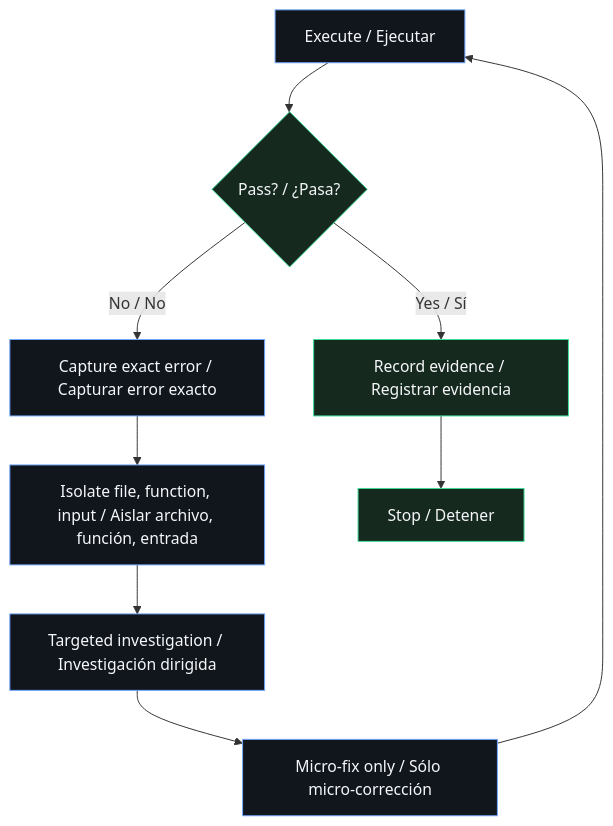
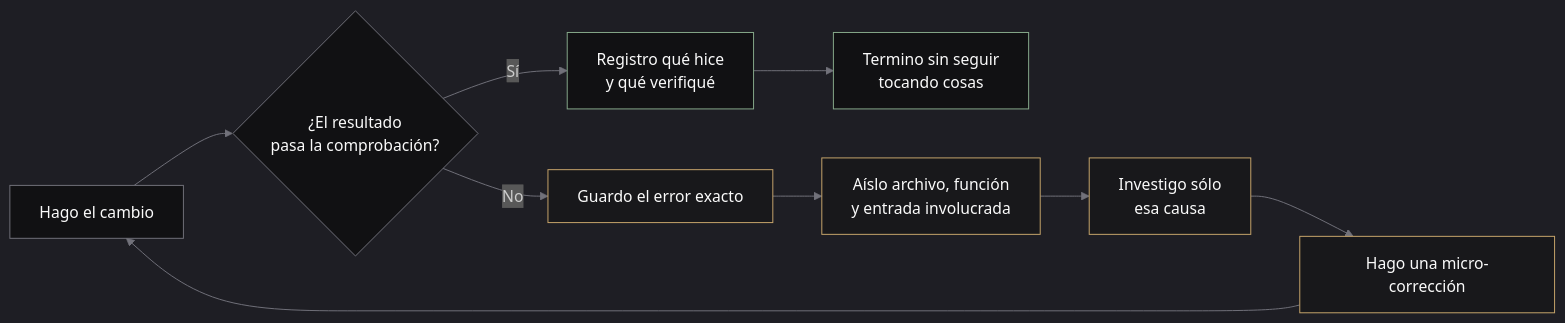
Before and after one commit to christiandejesus320-droid/universal-agent-skills-gateway: the diagram in skills/universal-agent-workspace/references/maps/04-pause-on-error.mmd, drawn with Mermaid. The commit also changed 12 other files, not shown here.

```diff
--- a/skills/universal-agent-workspace/references/maps/04-pause-on-error.mmd
+++ b/skills/universal-agent-workspace/references/maps/04-pause-on-error.mmd
@@ -1,15 +1,17 @@
-flowchart TD
-  A[Execute / Ejecutar] --> B{Pass? / ¿Pasa?}
-  B -->|Yes / Sí| C[Record evidence / Registrar evidencia]
-  B -->|No / No| D[Capture exact error / Capturar error exacto]
-  D --> E[Isolate file, function, input / Aislar archivo, función, entrada]
-  E --> F[Targeted investigation / Investigación dirigida]
-  F --> G[Micro-fix only / Sólo micro-corrección]
+%%{init: {"theme":"dark", "themeVariables":{"background":"#09090B","primaryColor":"#111113","primaryTextColor":"#FAFAFA","primaryBorderColor":"#52525B","lineColor":"#71717A","secondaryColor":"#18181B","tertiaryColor":"#27272A","fontFamily":"Inter, Arial"}}}%%
+flowchart LR
+  A[Hago el cambio] --> B{¿El resultado<br/>pasa la comprobación?}
+  B -->|Sí| C[Registro qué hice<br/>y qué verifiqué]
+  C --> H[Termino sin seguir<br/>tocando cosas]
+  B -->|No| D[Guardo el error exacto]
+  D --> E[Aíslo archivo, función<br/>y entrada involucrada]
+  E --> F[Investigo sólo<br/>esa causa]
+  F --> G[Hago una micro-corrección]
   G --> A
-  C --> H[Stop / Detener]
 
-  classDef action fill:#11161d,stroke:#72a7ff,color:#f5f7fa
-  classDef success fill:#16291f,stroke:#3ddc97,color:#f5f7fa
-  classDef error fill:#2b2020,stroke:#ff6b7a,color:#f5f7fa
-  class A,D,E,F,G action
-  class B,C,H success
+  classDef action fill:#111113,stroke:#71717A,color:#FAFAFA,stroke-width:1px
+  classDef proof fill:#111113,stroke:#86A98A,color:#FAFAFA,stroke-width:1px
+  classDef pause fill:#18181B,stroke:#C7A56B,color:#FAFAFA,stroke-width:1px
+  class A,B,C,H action
+  class C,H proof
+  class D,E,F,G pause
```
